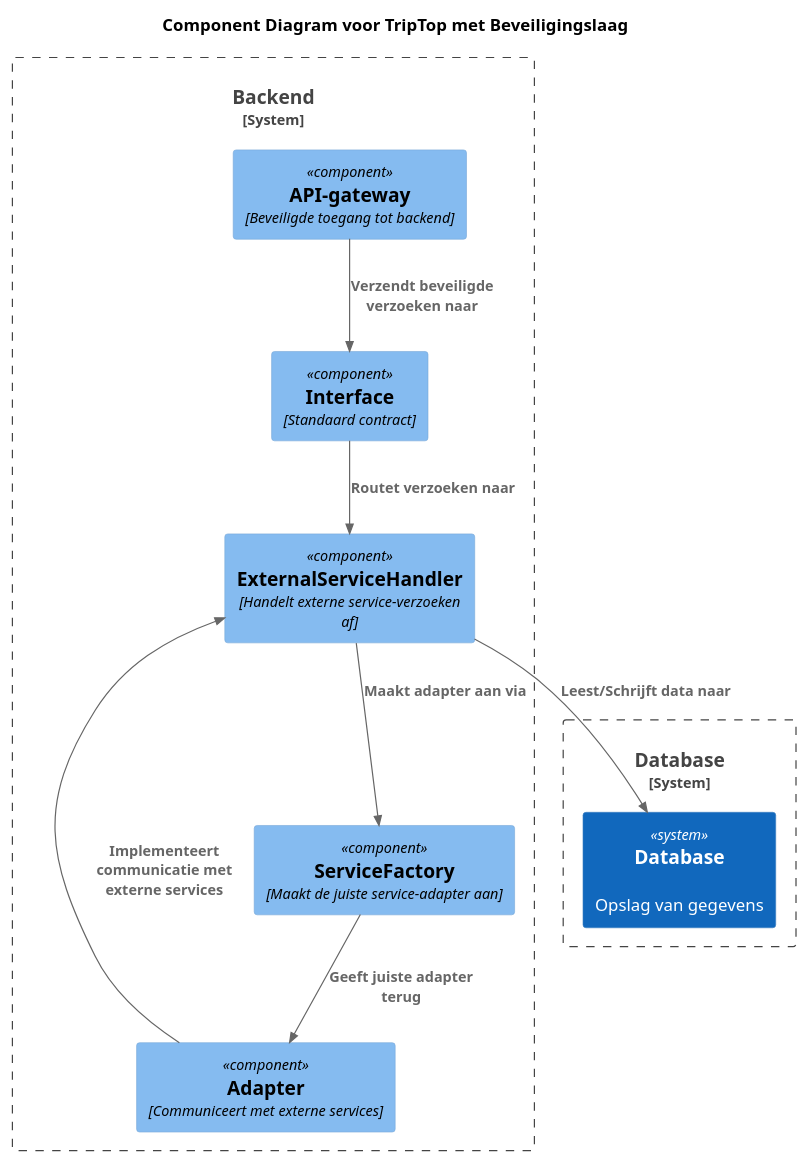
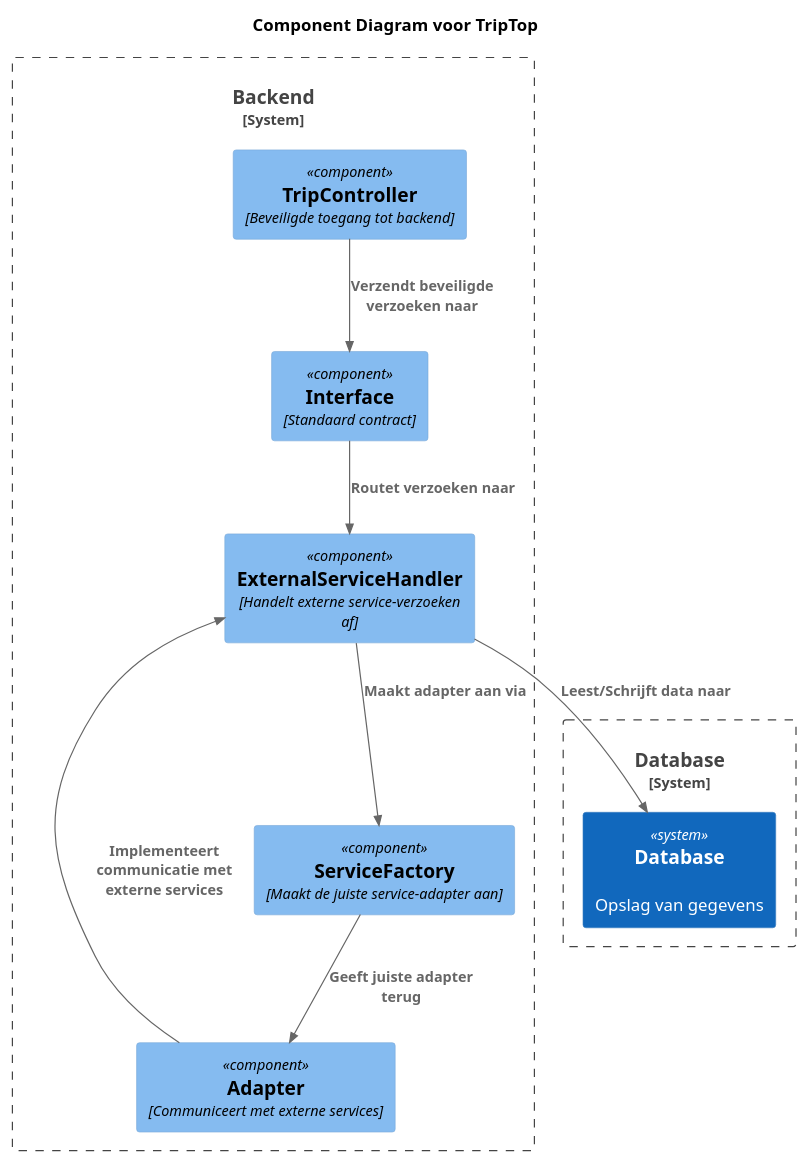
The diagram in Marijn/NEWonderzoeksvraag.md/diagrammen/ComponentdiagramNewExtSys.puml (AIM-ENE-feb25/triptop-dravende-dikdiks), drawn with PlantUML before and after one commit. The commit also changed 1 other file, not shown here.

```diff
--- a/Marijn/NEWonderzoeksvraag.md/diagrammen/ComponentdiagramNewExtSys.puml
+++ b/Marijn/NEWonderzoeksvraag.md/diagrammen/ComponentdiagramNewExtSys.puml
@@ -1,26 +1,26 @@
 @startuml
 
 !include https://raw.githubusercontent.com/plantuml-stdlib/C4-PlantUML/master/C4_Component.puml
 
-title Component Diagram voor TripTop met Beveiligingslaag
+title Component Diagram voor TripTop
 
 System_Boundary("backend", "Backend") {
     Component(interface, "Interface", "Standaard contract")
     Component(adapter, "Adapter", "Communiceert met externe services")
     Component(factory, "ServiceFactory", "Maakt de juiste service-adapter aan")
     Component(handler, "ExternalServiceHandler", "Handelt externe service-verzoeken af")
-    Component(api_gateway, "API-gateway", "Beveiligde toegang tot backend")
+    Component(TripController, "TripController", "Beveiligde toegang tot backend")
 }
 
 System_Boundary("database", "Database") {
     System(db, "Database", "Opslag van gegevens")
 }
 
-Rel(api_gateway, interface, "Verzendt beveiligde verzoeken naar")
+Rel(TripController, interface, "Verzendt beveiligde verzoeken naar")
 Rel(interface, handler, "Routet verzoeken naar")
 Rel(handler, factory, "Maakt adapter aan via")
 Rel(factory, adapter, "Geeft juiste adapter terug")
 Rel(handler, db, "Leest/Schrijft data naar")
 Rel(adapter, handler, "Implementeert communicatie met externe services")
 
 @enduml
```
